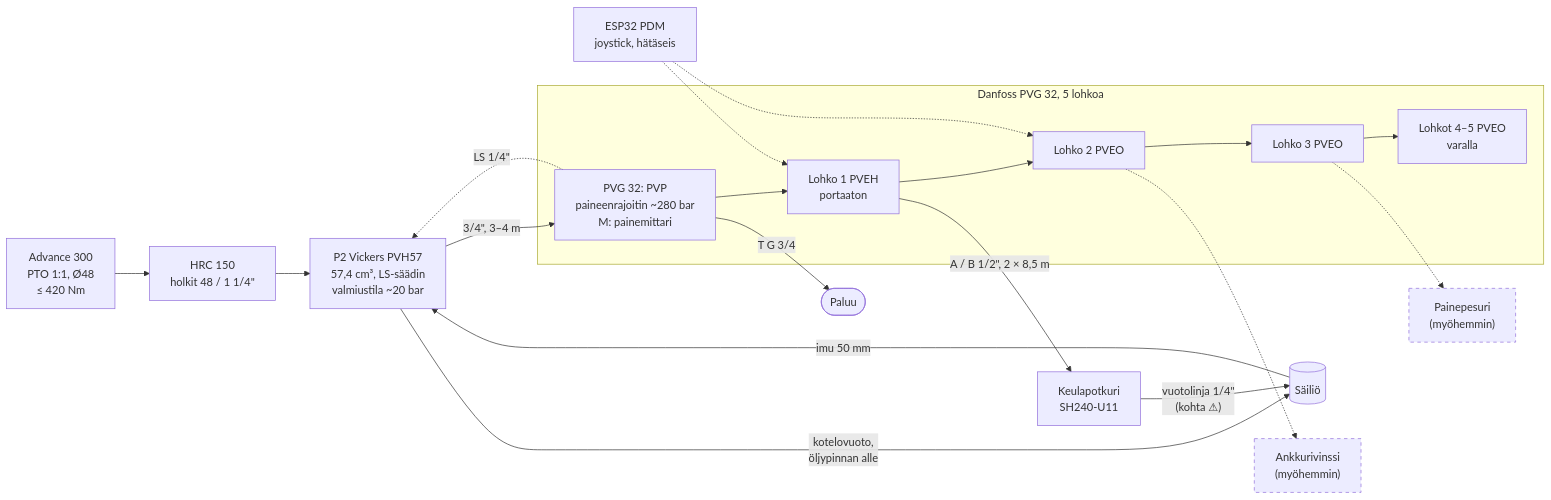
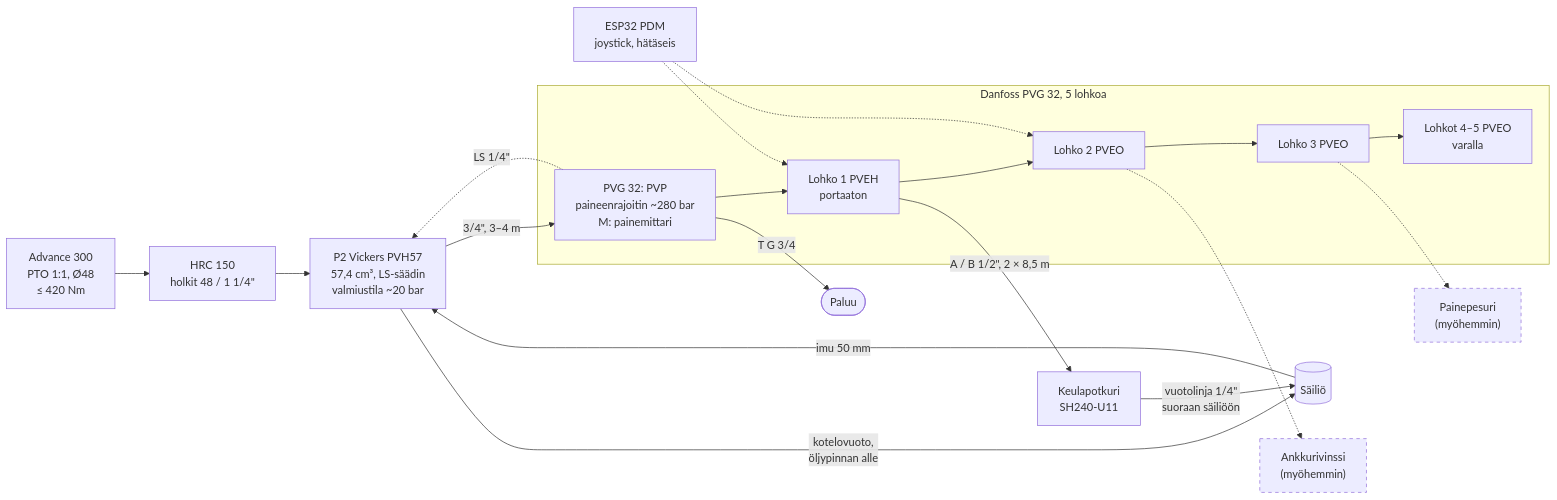
The second of 3 diagrams in hydraulics/schematic.md (plektra/vega-systems), drawn with Mermaid before and after one commit. The commit also changed other lines of this file and 7 other files, not shown here.

````diff
--- a/hydraulics/schematic.md
+++ b/hydraulics/schematic.md
@@ -130,42 +130,42 @@
 ```mermaid
 flowchart LR
   GB["Advance 300<br/>PTO 1:1, Ø48<br/>≤ 420 Nm"]
   CPL["HRC 150<br/>holkit 48 / 1 1/4#quot;"]
   TANK[("Säiliö")]
   P2["P2 Vickers PVH57<br/>57,4 cm³, LS-säädin<br/>valmiustila ~20 bar"]
   PVP["PVG 32: PVP<br/>paineenrajoitin ~280 bar<br/>M: painemittari"]
   S1["Lohko 1 PVEH<br/>portaaton"]
   S2["Lohko 2 PVEO"]
   S3["Lohko 3 PVEO"]
   S45["Lohkot 4–5 PVEO<br/>varalla"]
   THR["Keulapotkuri<br/>SH240-U11"]
   WIN["Ankkurivinssi<br/>(myöhemmin)"]
   WASH["Painepesuri<br/>(myöhemmin)"]
   CTRL["ESP32 PDM<br/>joystick, hätäseis"]
   RET(["Paluu"])
 
   GB --> CPL --> P2
   TANK -->|"imu 50 mm"| P2
   P2 -->|"kotelovuoto,<br/>öljypinnan alle"| TANK
   P2 -->|"3/4#quot;, 3–4 m"| PVP
   PVP -.->|"LS 1/4#quot;"| P2
   PVP --> S1 --> S2 --> S3 --> S45
   S1 -->|"A / B 1/2#quot;, 2 × 8,5 m"| THR
   S2 -.-> WIN
   S3 -.-> WASH
   CTRL -.-> S1
   CTRL -.-> S2
   PVP -->|"T G 3/4"| RET
-  THR -->|"vuotolinja 1/4#quot;<br/>(kohta ⚠)"| TANK
+  THR -->|"vuotolinja 1/4#quot;<br/>suoraan säiliöön"| TANK
 
   subgraph PVG ["Danfoss PVG 32, 5 lohkoa"]
     PVP
     S1
     S2
     S3
     S45
   end
 
   classDef planned stroke-dasharray: 5 5
   class WIN,WASH planned
 ```
````
